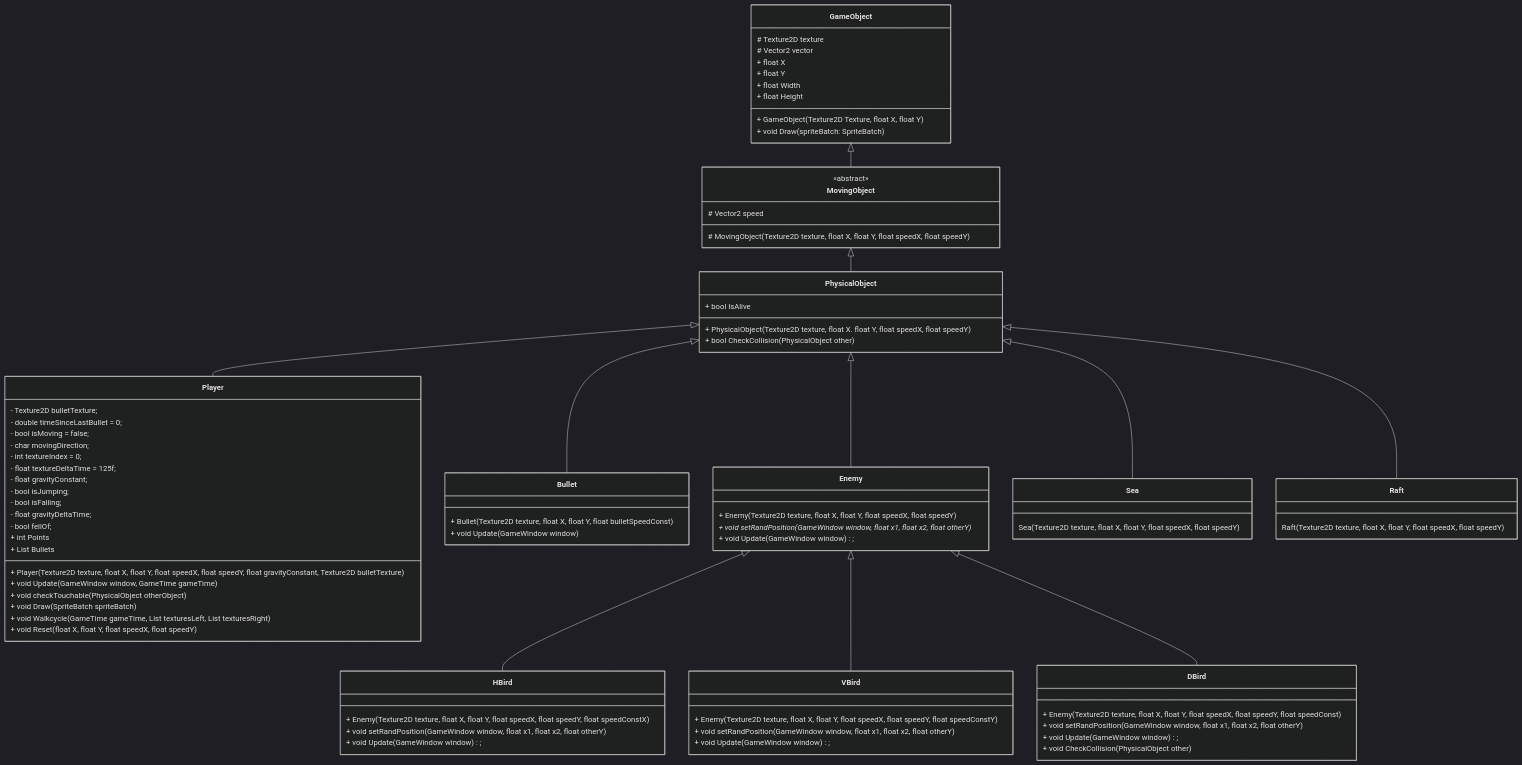
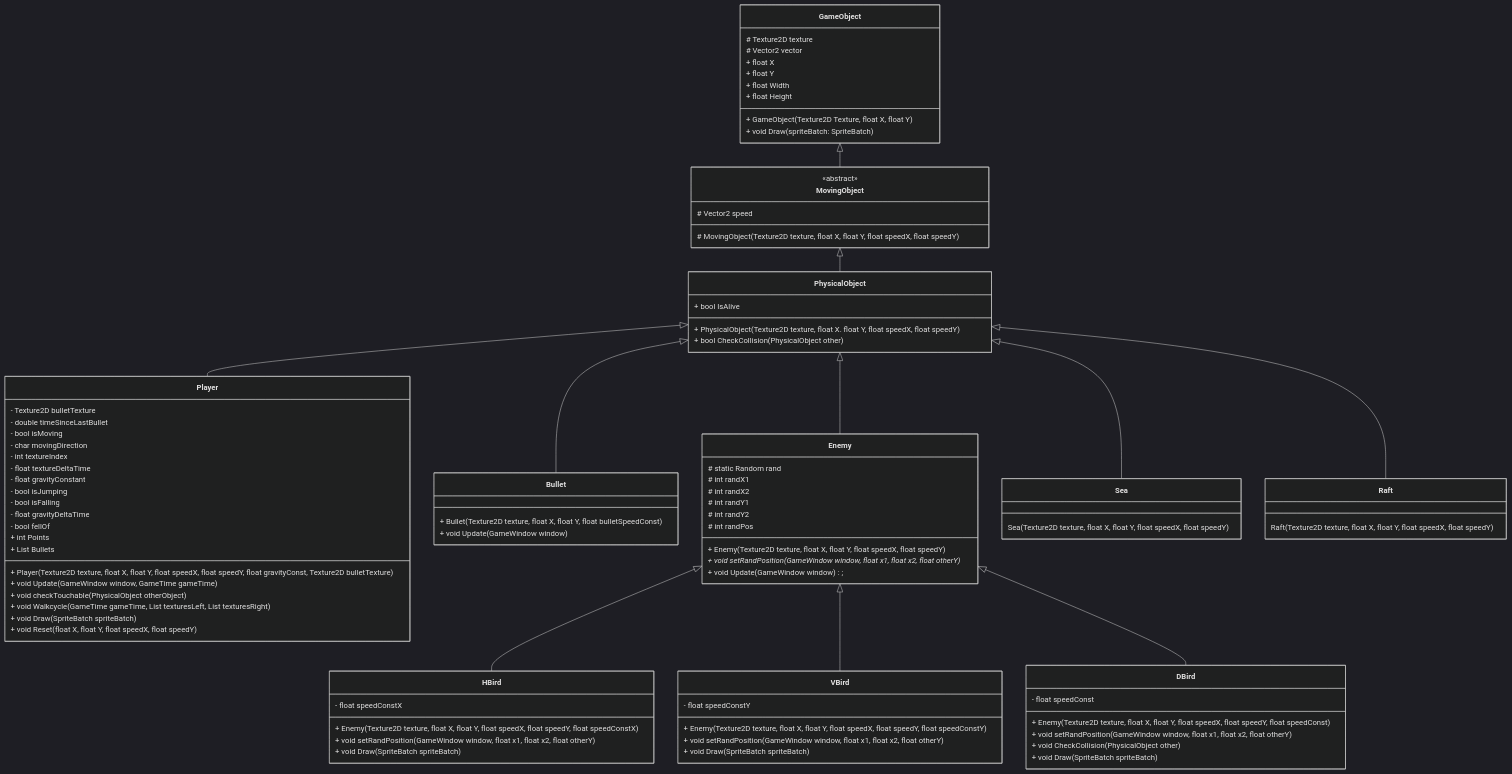
One commit to alfredreintz/ALGY-programmering02 changed the diagram in slutprojekt/slutprojekt/diagrams/diagram.mmd. Above: the diagram before and after it, drawn with Mermaid. The commit also changed 2 other files, not shown here.

```diff
--- a/slutprojekt/slutprojekt/diagrams/diagram.mmd
+++ b/slutprojekt/slutprojekt/diagrams/diagram.mmd
@@ -1,99 +1,108 @@
 %%{
   init: {
     'theme': 'dark'
   }
 }%%
 classDiagram
     class GameObject {
         # Texture2D texture
         # Vector2 vector
         + float X
         + float Y
         + float Width
         + float Height
         + GameObject(Texture2D Texture, float X, float Y)
         + void Draw(spriteBatch: SpriteBatch)
     }
 
     class MovingObject {
         <<abstract>>
         # Vector2 speed
         # MovingObject(Texture2D texture, float X, float Y, float speedX, float speedY)
     }
 
     class PhysicalObject {
         + bool IsAlive
         + PhysicalObject(Texture2D texture, float X. float Y, float speedX, float speedY)
         + bool CheckCollision(PhysicalObject other)
     }
 
     class Player {
-        - Texture2D bulletTexture;
-        - double timeSinceLastBullet = 0;
-        - bool isMoving = false;
-        - char movingDirection;
-        - int textureIndex = 0;
-        - float textureDeltaTime = 125f;
-        - float gravityConstant;
-        - bool isJumping;
-        - bool isFalling;
-        - float gravityDeltaTime;
-        - bool fellOf;
+        - Texture2D bulletTexture
+        - double timeSinceLastBullet
+        - bool isMoving
+        - char movingDirection
+        - int textureIndex
+        - float textureDeltaTime
+        - float gravityConstant
+        - bool isJumping
+        - bool isFalling
+        - float gravityDeltaTime
+        - bool fellOf
         + int Points
         + List<Bullet> Bullets
-        + Player(Texture2D texture, float X, float Y, float speedX, float speedY, float gravityConstant, Texture2D bulletTexture)
+        + Player(Texture2D texture, float X, float Y, float speedX, float speedY, float gravityConst, Texture2D bulletTexture)
         + void Update(GameWindow window, GameTime gameTime)
         + void checkTouchable(PhysicalObject otherObject)
+        + void Walkcycle(GameTime gameTime, List<Texture2D> texturesLeft, List<Texture2D> texturesRight)
         + void Draw(SpriteBatch spriteBatch)
-        + void Walkcycle(GameTime gameTime, List<Texture2D> texturesLeft, List<Texture2D> texturesRight)
         + void Reset(float X, float Y, float speedX, float speedY)
     }
 
     class Bullet {
         + Bullet(Texture2D texture, float X, float Y, float bulletSpeedConst)
         + void Update(GameWindow window)
     }
 
     class Enemy {
+        # static Random rand
+        # int randX1
+        # int randX2
+        # int randY1
+        # int randY2
+        # int randPos
         + Enemy(Texture2D texture, float X, float Y, float speedX, float speedY)
         + void setRandPosition(GameWindow window, float x1, float x2, float otherY)*
         + void Update(GameWindow window);
     }
 
     class HBird {
+        - float speedConstX
         + Enemy(Texture2D texture, float X, float Y, float speedX, float speedY, float speedConstX)
         + void setRandPosition(GameWindow window, float x1, float x2, float otherY)
-        + void Update(GameWindow window);
+        + void Draw(SpriteBatch spriteBatch)
     }
 
     class VBird {
+        - float speedConstY
         + Enemy(Texture2D texture, float X, float Y, float speedX, float speedY, float speedConstY)
         + void setRandPosition(GameWindow window, float x1, float x2, float otherY)
-        + void Update(GameWindow window);
+        + void Draw(SpriteBatch spriteBatch)
     }
 
     class DBird {
+        - float speedConst
         + Enemy(Texture2D texture, float X, float Y, float speedX, float speedY, float speedConst)
         + void setRandPosition(GameWindow window, float x1, float x2, float otherY)
-        + void Update(GameWindow window);
         + void CheckCollision(PhysicalObject other)
+        + void Draw(SpriteBatch spriteBatch)
     }
     
     class Sea {
         Sea(Texture2D texture, float X, float Y, float speedX, float speedY)
     }
 
     class Raft {
         Raft(Texture2D texture, float X, float Y, float speedX, float speedY)
     }
     
     GameObject <|-- MovingObject
     MovingObject <|-- PhysicalObject
     PhysicalObject <|--  Sea
     PhysicalObject <|--  Raft
     PhysicalObject <|--  Player
     PhysicalObject <|--  Bullet
     PhysicalObject <|--  Enemy
     Enemy <|-- HBird
     Enemy <|-- VBird
     Enemy <|-- DBird
```
